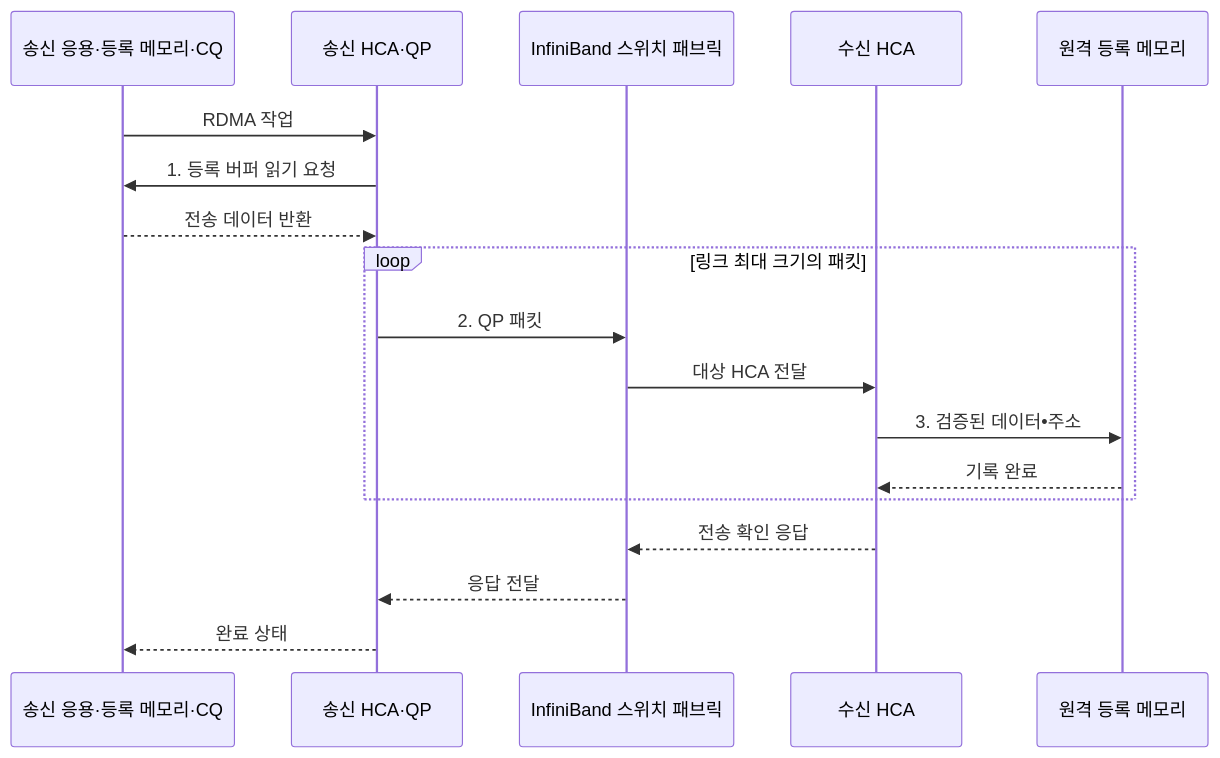
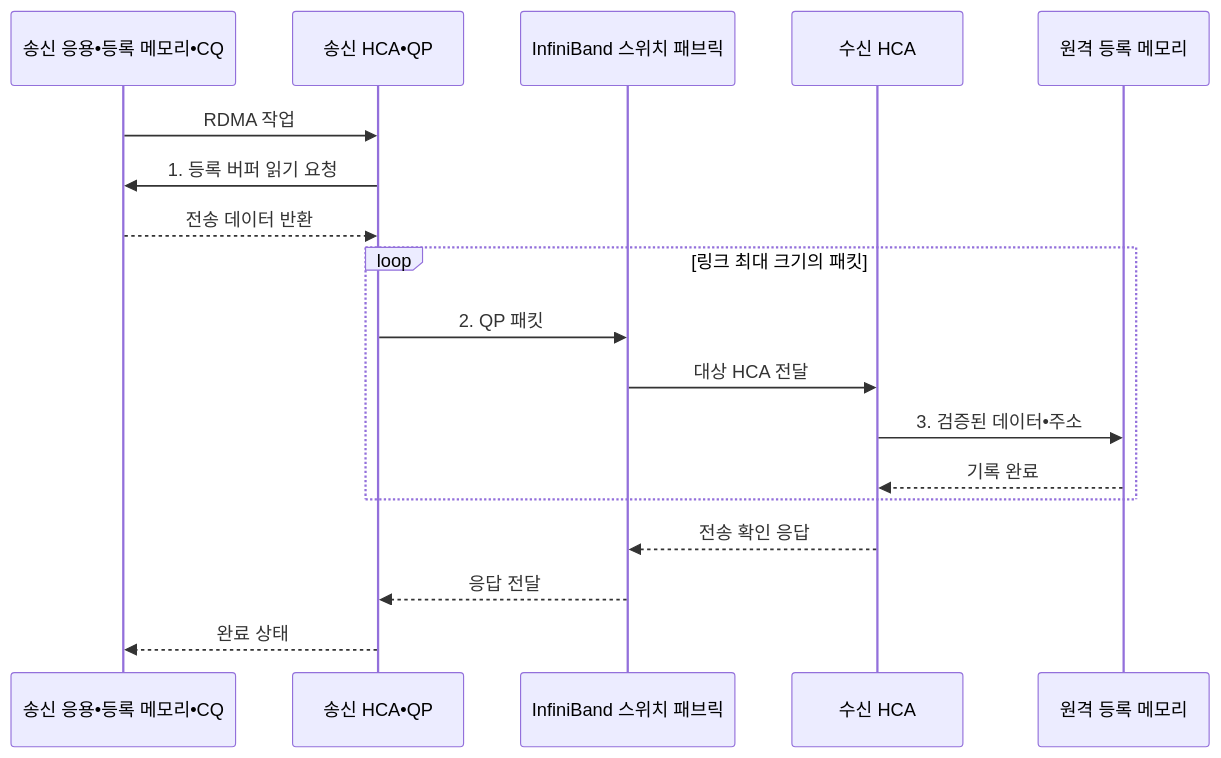
The second of 2 diagrams in src/content/docs/notes/02-hardware/048_infiniband.md (agnusdei1207/knowledge-base), drawn with Mermaid before and after one commit. The commit also changed other lines of this file and 953 other files, not shown here.

````diff
--- a/src/content/docs/notes/02-hardware/048_infiniband.md
+++ b/src/content/docs/notes/02-hardware/048_infiniband.md
@@ -100,21 +100,21 @@
 ```mermaid
 sequenceDiagram
-    participant A as 송신 응용·등록 메모리·CQ
-    participant HS as 송신 HCA·QP
+    participant A as 송신 응용•등록 메모리•CQ
+    participant HS as 송신 HCA•QP
     participant F as InfiniBand 스위치 패브릭
     participant HR as 수신 HCA
     participant MR as 원격 등록 메모리
 
     A->>HS: RDMA 작업
     HS->>A: 1. 등록 버퍼 읽기 요청
     A-->>HS: 전송 데이터 반환
     loop 링크 최대 크기의 패킷
         HS->>F: 2. QP 패킷
         F->>HR: 대상 HCA 전달
         HR->>MR: 3. 검증된 데이터•주소
         MR-->>HR: 기록 완료
     end
     HR-->>F: 전송 확인 응답
     F-->>HS: 응답 전달
     HS-->>A: 완료 상태
 ```
````
